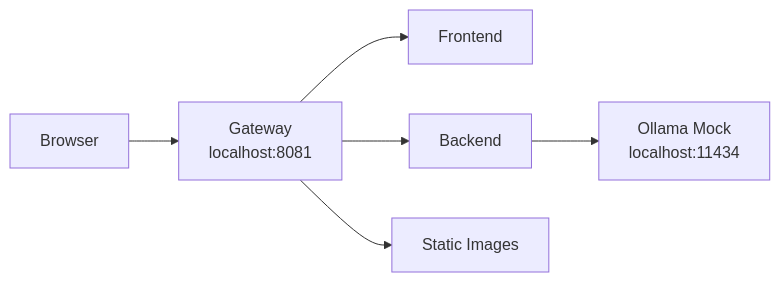
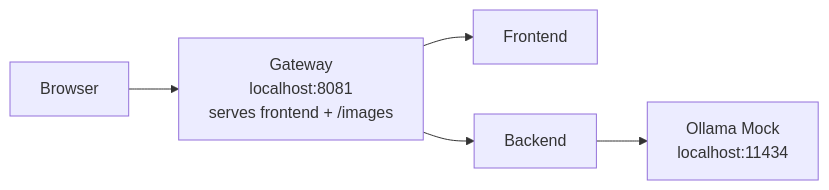
The diagram in STUDENT_GUIDE.md (slawekradzyminski/awesome-localstack), drawn with Mermaid before and after one commit. The commit also changed 2 other files, not shown here.

````diff
--- a/STUDENT_GUIDE.md
+++ b/STUDENT_GUIDE.md
@@ -33,15 +33,13 @@
 ```mermaid
 flowchart LR
     U[Browser]
-    G[Gateway<br/>localhost:8081]
+    G[Gateway<br/>localhost:8081<br/>serves frontend + /images]
     F[Frontend]
     B[Backend]
-    S[Static Images]
     O[Ollama Mock<br/>localhost:11434]
 
     U --> G
     G --> F
     G --> B
-    G --> S
     B --> O
 ```
````
